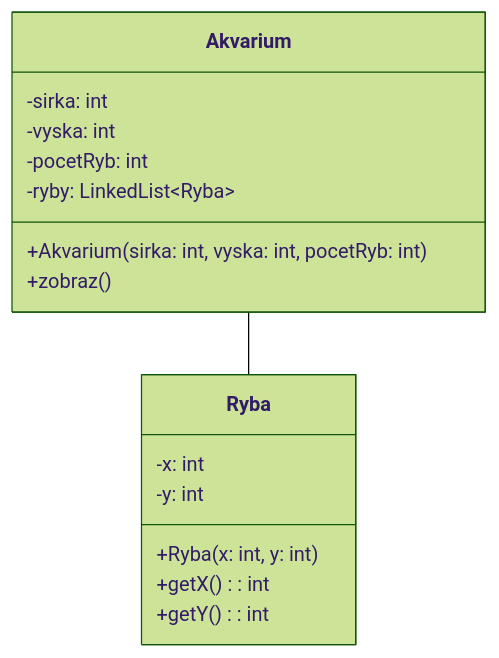
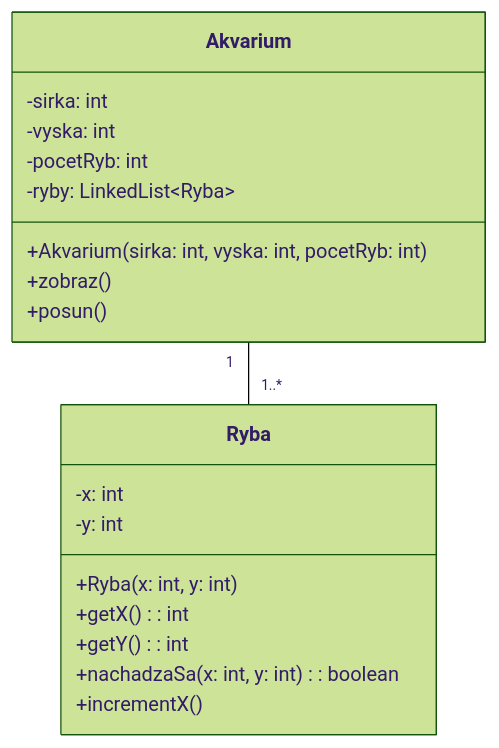
The diagram in cvicenia/src/akvarium.md (SScorp1on/UMB-Prg2), drawn with Mermaid (forest theme) before and after one commit. The commit also changed 4 other files, not shown here.

````diff
--- a/cvicenia/src/akvarium.md
+++ b/cvicenia/src/akvarium.md
@@ -1,19 +1,22 @@
 ```mermaid
 classDiagram
     class Ryba{
         -x: int
         -y: int
         +Ryba(x: int, y: int)
         +getX(): int
         +getY(): int
+        +nachadzaSa(x: int, y: int): boolean
+        +incrementX()
     }
     class Akvarium{
         -sirka: int
         -vyska: int
         -pocetRyb: int
         -ryby: LinkedList~Ryba~
         +Akvarium(sirka: int, vyska: int, pocetRyb: int)
         +zobraz()
+        +posun()
     }
-    Akvarium -- Ryba
+    Akvarium "1" -- "1..*" Ryba
 ```
````
